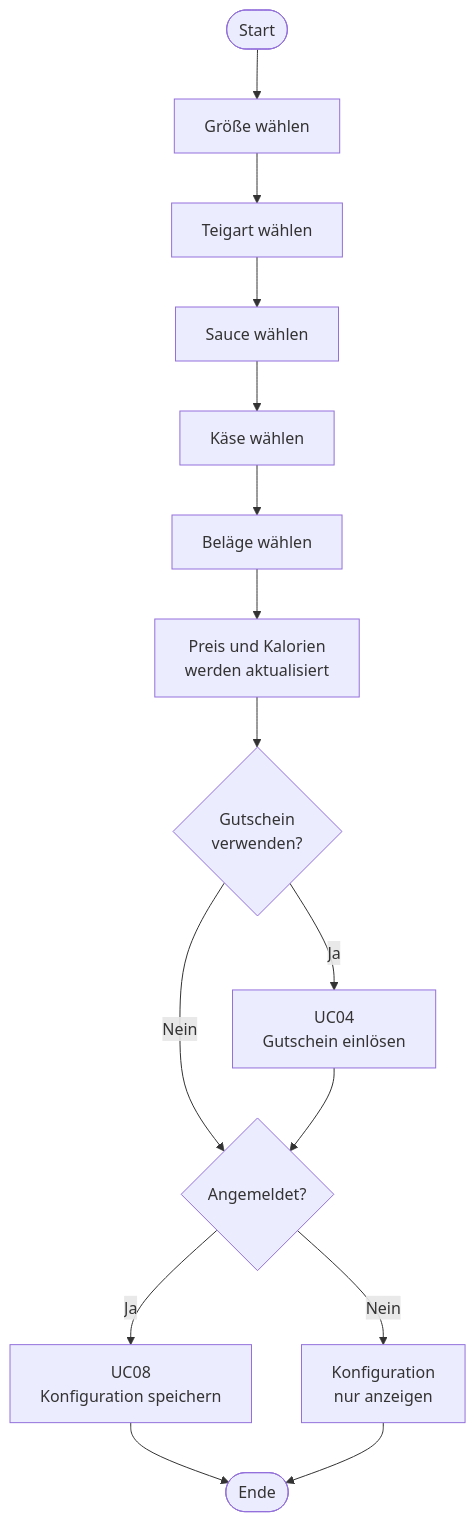
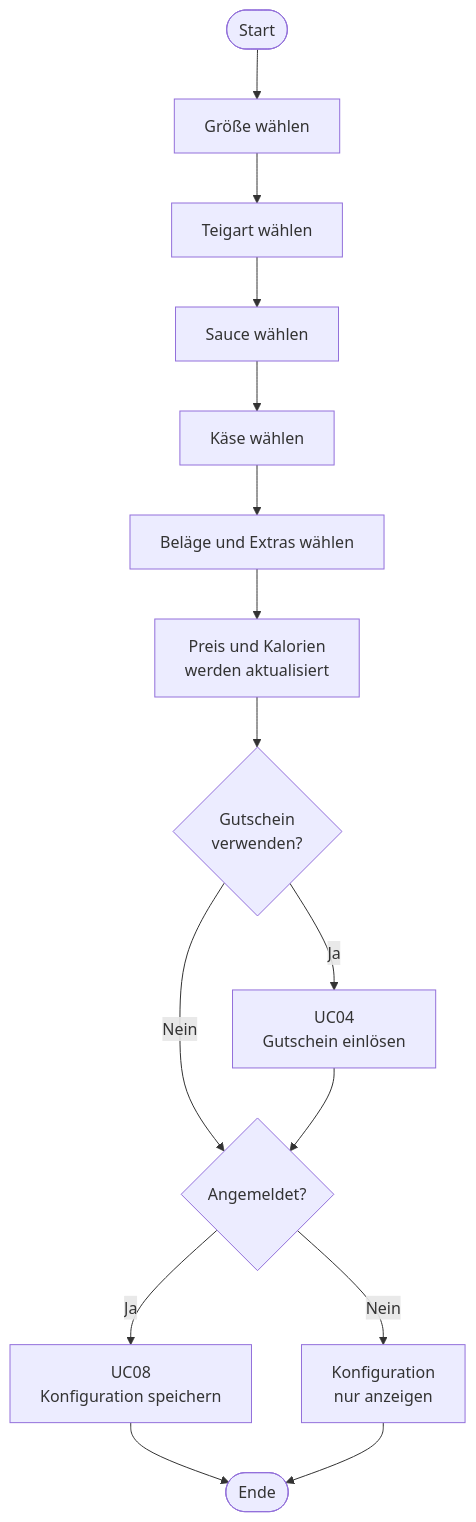
One commit to Familienmann89/Pizza-Tracker- changed the second of 2 diagrams in docs/spec/F2-anwendungsfaelle.md. Above: the diagram before and after it, drawn with Mermaid. The commit also changed other lines of this file, not shown here.

````diff
--- a/docs/spec/F2-anwendungsfaelle.md
+++ b/docs/spec/F2-anwendungsfaelle.md
@@ -62,17 +62,17 @@
 ```mermaid
 flowchart TD
     A([Start]) --> B[Größe wählen]
     B --> C[Teigart wählen]
     C --> D[Sauce wählen]
     D --> E[Käse wählen]
-    E --> F[Beläge wählen]
+    E --> F[Beläge und Extras wählen]
     F --> G[Preis und Kalorien\nwerden aktualisiert]
     G --> H{Gutschein\nverwenden?}
     H -->|Ja| I[UC04\nGutschein einlösen]
     H -->|Nein| J{Angemeldet?}
     I --> J
     J -->|Ja| K[UC08\nKonfiguration speichern]
     J -->|Nein| L[Konfiguration\nnur anzeigen]
     K --> M([Ende])
     L --> M
 ```
````
